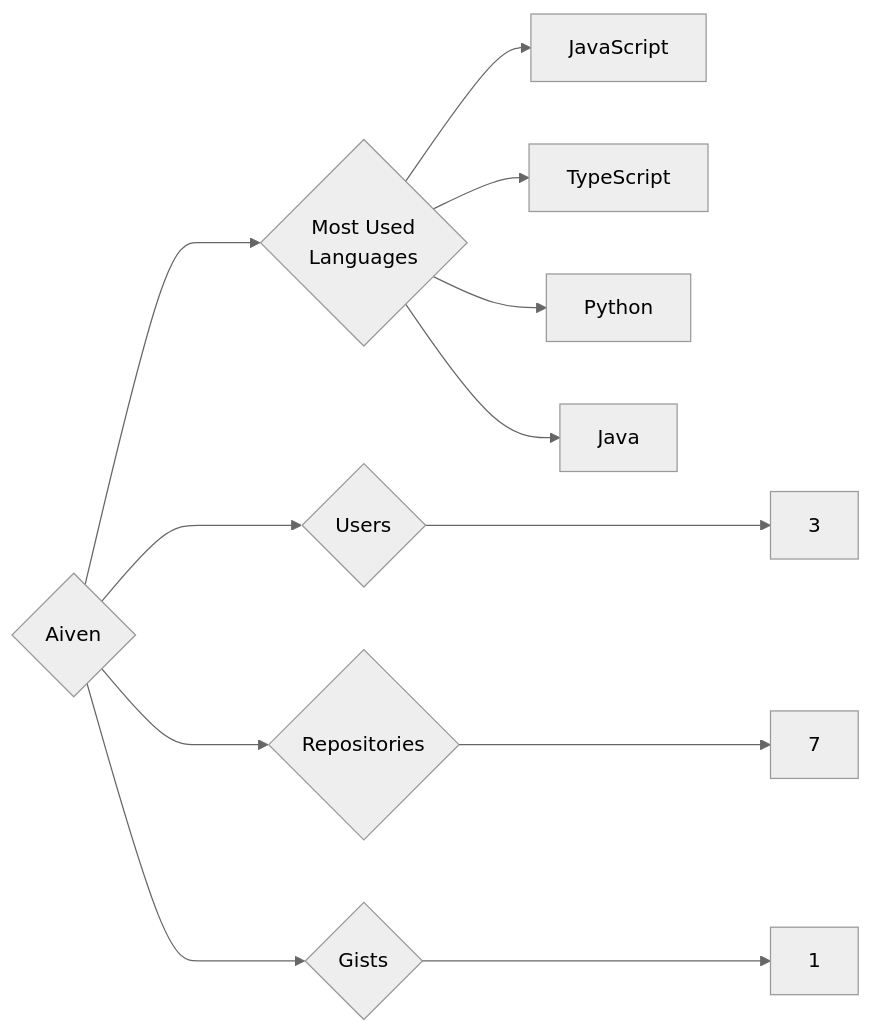
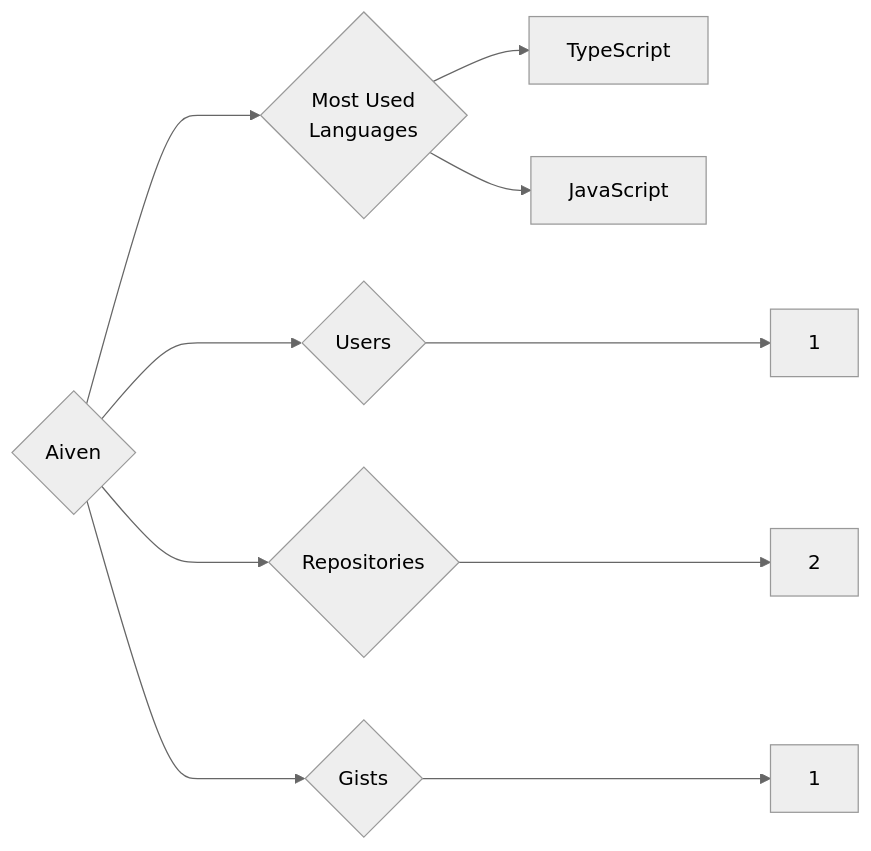
One commit to trickest/insiders changed the diagram in targets/Aiven/README.md. Above: the diagram before and after it, drawn with Mermaid (neutral theme). The commit also changed 724 other files, not shown here.

````diff
--- a/targets/Aiven/README.md
+++ b/targets/Aiven/README.md
@@ -3,12 +3,10 @@
 ```mermaid
 graph LR
 COMPANY_NAME{Aiven}
-COMPANY_NAME ---> U{Users} ---> UN[3]
-COMPANY_NAME ---> R{Repositories} ---> RN[7]
+COMPANY_NAME ---> U{Users} ---> UN[1]
+COMPANY_NAME ---> R{Repositories} ---> RN[2]
 COMPANY_NAME ---> G{Gists} ---> GN[1]
 COMPANY_NAME ---> ML{Most Used<br>Languages}
+ML --> TypeScript[TypeScript]
 ML --> JavaScript[JavaScript]
-ML --> TypeScript[TypeScript]
-ML --> Python[Python]
-ML --> Java[Java]
 ```
````
